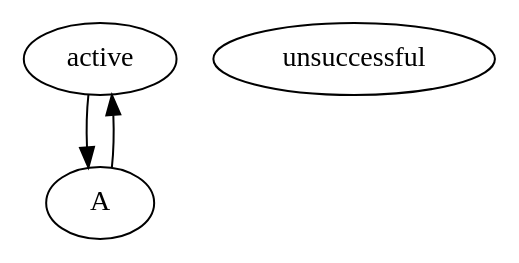
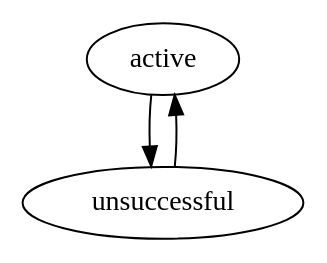
The fourth of 4 diagrams in docs/source/standard/contract.rst (ProzorroUKR/prozorro-docs), drawn with Graphviz before and after one commit. The commit also changed 1 other file, not shown here.

```diff
--- a/docs/source/standard/contract.rst
+++ b/docs/source/standard/contract.rst
@@ -243,8 +243,8 @@
 .. graphviz::
 
     digraph G {
-        B [ label="active"]
-        C [ label="unsuccessful"]
+        A [ label="active"]
+        B [ label="unsuccessful"]
          A -> B;
          B -> A;
     }
```
